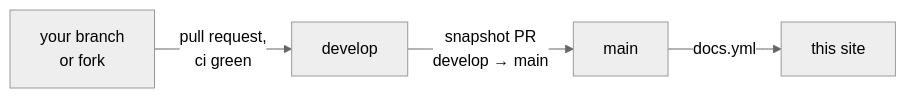
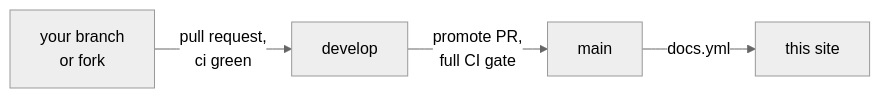
Before and after one commit to adams-shaun/gorge: the second of 3 diagrams in docs/site/repos/index.md, drawn with Mermaid (neutral theme). The commit also changed other lines of this file and 4 other files, not shown here.

First line of the commit message:
docs: main moves by promote PR, whose CI is the full gate

````diff
--- a/docs/site/repos/index.md
+++ b/docs/site/repos/index.md
@@ -188,6 +188,6 @@
 ```mermaid
 flowchart LR
   pr["your branch<br/>or fork"] -->|"pull request,<br/>ci green"| develop["develop"]
-  develop -->|"snapshot PR<br/>develop → main"| main["main"]
+  develop -->|"promote PR,<br/>full CI gate"| main["main"]
   main -->|"docs.yml"| site["this site"]
 ```
````
